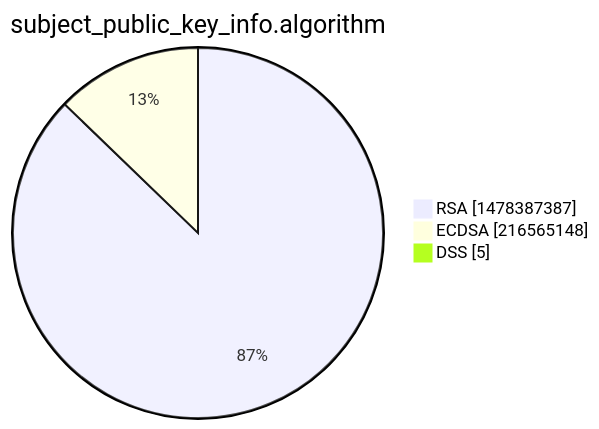
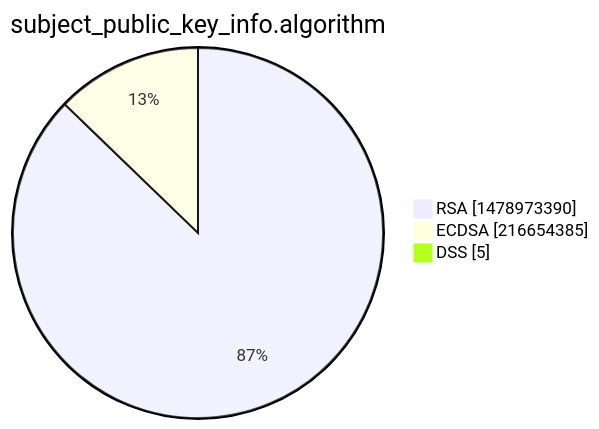
One commit to christiankrug/ctmonitor_visualization changed the third of 15 diagrams in xenon2022/README.md. Above: the diagram before and after it, drawn with Mermaid. The commit also changed other lines of this file, not shown here.

````diff
--- a/xenon2022/README.md
+++ b/xenon2022/README.md
@@ -14,7 +14,7 @@
 ```mermaid
 pie showData
 title subject_public_key_info.algorithm
-"RSA" :1478387387
-"ECDSA" :216565148
+"RSA" :1478973390
+"ECDSA" :216654385
 "DSS" :5
 ```
````
